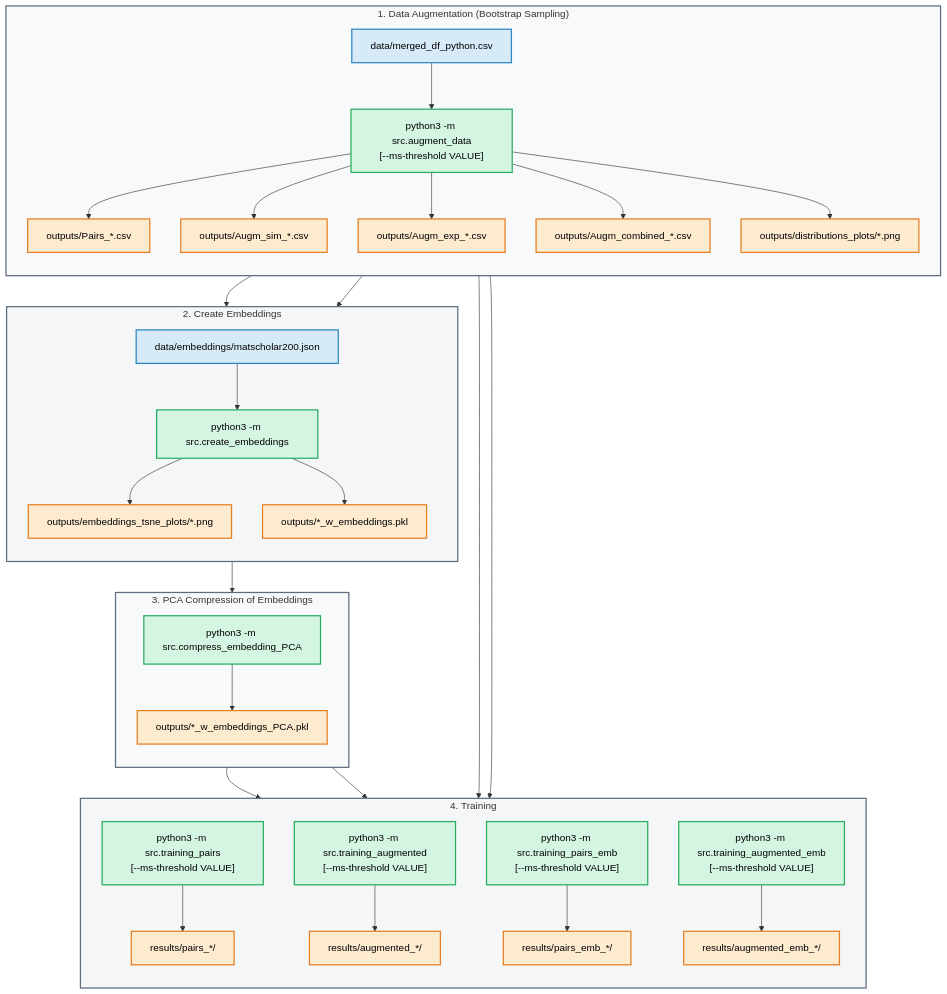
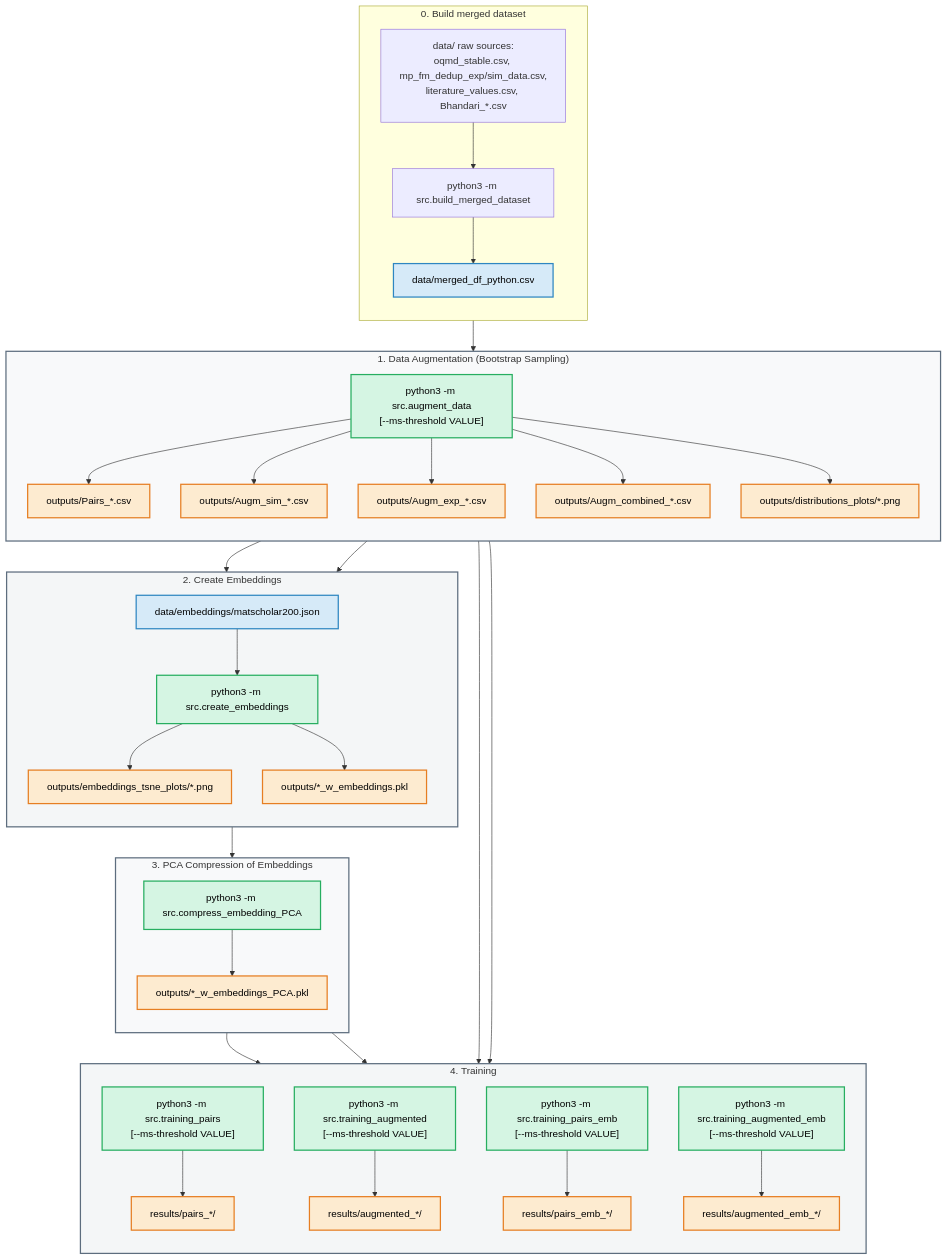
One commit to MaMMoS-project/ML-models changed the diagram in experimental-simulation-relations/experimental-simulation-ms/README.md. Above: the diagram before and after it, drawn with Mermaid. The commit also changed other lines of this file and 14 other files, not shown here.

```diff
--- a/experimental-simulation-relations/experimental-simulation-ms/README.md
+++ b/experimental-simulation-relations/experimental-simulation-ms/README.md
@@ -22,6 +19,17 @@
 classDef input   fill:#D6EAF8,stroke:#2E86C1,stroke-width:2px,color:#000;
 classDef process fill:#D5F5E3,stroke:#27AE60,stroke-width:2px,color:#000;
 classDef output  fill:#FDEBD0,stroke:#E67E22,stroke-width:2px,color:#000;
+
+%% =========================
+%% 0. Build merged dataset (run first if the merged CSV is missing)
+%% =========================
+subgraph cluster_build["0. Build merged dataset"]
+    direction TB
+    R0["data/ raw sources:\noqmd_stable.csv, mp_fm_dedup_exp/sim_data.csv,\nliterature_values.csv, Bhandari_*.csv"]
+    Bb["python3 -m src.build_merged_dataset"]
+    R0 --> Bb
+    Bb --> A0
+end
 
 %% =========================
 %% 1. Data Augmentation
```
